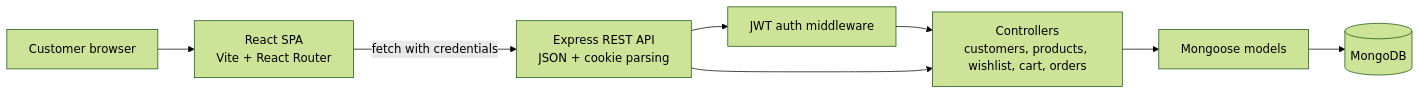
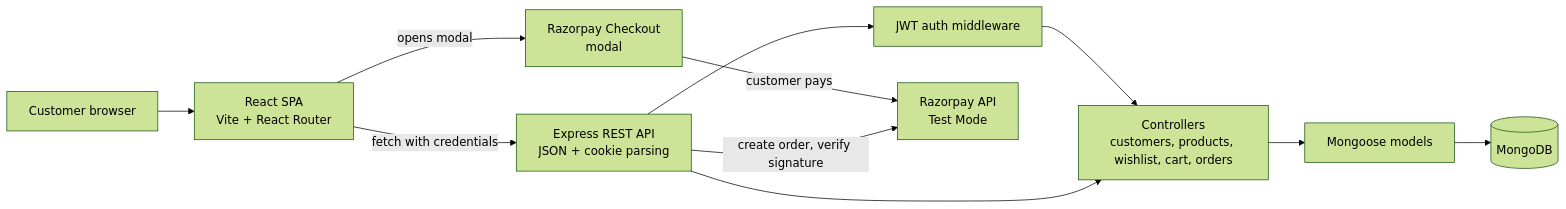
The second of 2 diagrams in README.md (SUJALSPATEL/Shopkart), drawn with Mermaid (forest theme) before and after one commit. The commit also changed other lines of this file and 11 other files, not shown here.

````diff
--- a/README.md
+++ b/README.md
@@ -59,18 +87,23 @@
 ```mermaid
 flowchart LR
     Browser[Customer browser]
     React[React SPA<br/>Vite + React Router]
+    Checkout[Razorpay Checkout<br/>modal]
     API[Express REST API<br/>JSON + cookie parsing]
     Auth[JWT auth middleware]
     Controllers[Controllers<br/>customers, products, wishlist, cart, orders]
     Models[Mongoose models]
     Mongo[(MongoDB)]
+    Razorpay[Razorpay API<br/>Test Mode]
 
     Browser --> React
     React -->|fetch with credentials| API
+    React -->|opens modal| Checkout
+    Checkout -->|customer pays| Razorpay
+    API -->|create order, verify signature| Razorpay
     API --> Auth
     Auth --> Controllers
     API --> Controllers
     Controllers --> Models
     Models --> Mongo
 ```
````
